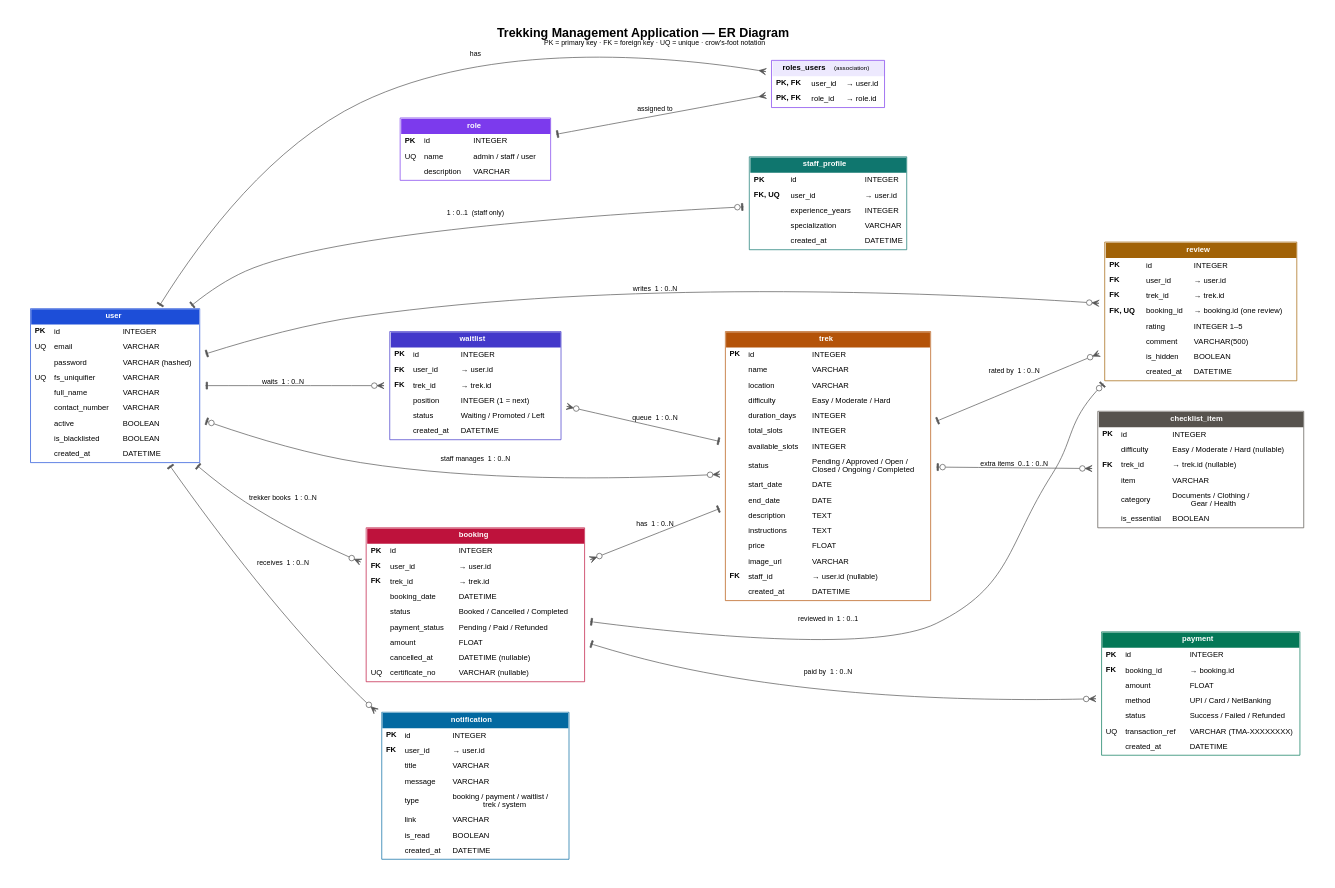
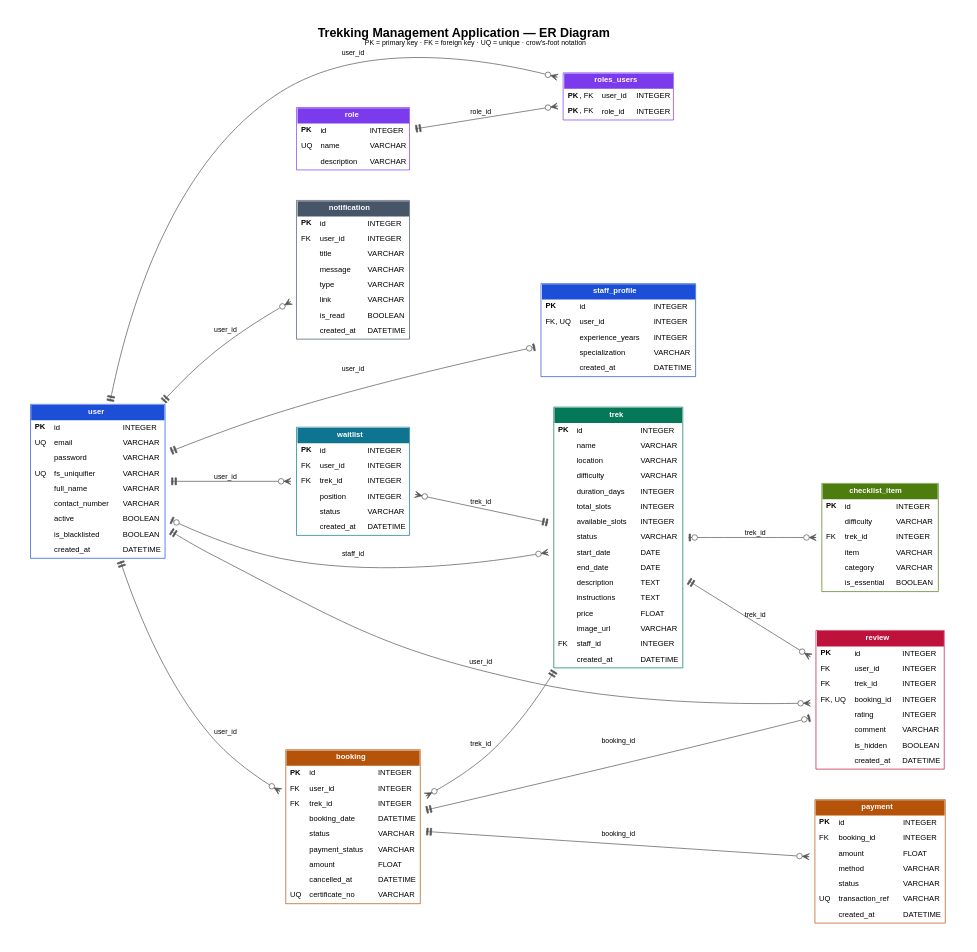
The diagram in docs/er.dot (23f2004126/BasecampX), drawn with Graphviz before and after one commit. The commit also changed 31 other files, not shown here.

```diff
--- a/docs/er.dot
+++ b/docs/er.dot
@@ -5,155 +5,154 @@
   node  [shape=plaintext, fontname="Helvetica", fontsize=11];
   edge  [fontname="Helvetica", fontsize=10, color="#555555", dir=both];
 
-  user [label=<
-  <TABLE BORDER="1" CELLBORDER="0" CELLSPACING="0" CELLPADDING="5" COLOR="#1d4ed8">
-   <TR><TD BGCOLOR="#1d4ed8" COLSPAN="3"><FONT COLOR="white"><B>user</B></FONT></TD></TR>
-   <TR><TD ALIGN="LEFT" PORT="id"><B>PK</B></TD><TD ALIGN="LEFT">id</TD><TD ALIGN="LEFT">INTEGER</TD></TR>
-   <TR><TD ALIGN="LEFT">UQ</TD><TD ALIGN="LEFT">email</TD><TD ALIGN="LEFT">VARCHAR</TD></TR>
-   <TR><TD></TD><TD ALIGN="LEFT">password</TD><TD ALIGN="LEFT">VARCHAR (hashed)</TD></TR>
-   <TR><TD ALIGN="LEFT">UQ</TD><TD ALIGN="LEFT">fs_uniquifier</TD><TD ALIGN="LEFT">VARCHAR</TD></TR>
-   <TR><TD></TD><TD ALIGN="LEFT">full_name</TD><TD ALIGN="LEFT">VARCHAR</TD></TR>
-   <TR><TD></TD><TD ALIGN="LEFT">contact_number</TD><TD ALIGN="LEFT">VARCHAR</TD></TR>
-   <TR><TD></TD><TD ALIGN="LEFT">active</TD><TD ALIGN="LEFT">BOOLEAN</TD></TR>
-   <TR><TD></TD><TD ALIGN="LEFT">is_blacklisted</TD><TD ALIGN="LEFT">BOOLEAN</TD></TR>
-   <TR><TD></TD><TD ALIGN="LEFT">created_at</TD><TD ALIGN="LEFT">DATETIME</TD></TR>
-  </TABLE>>];
-
   role [label=<
   <TABLE BORDER="1" CELLBORDER="0" CELLSPACING="0" CELLPADDING="5" COLOR="#7c3aed">
    <TR><TD BGCOLOR="#7c3aed" COLSPAN="3"><FONT COLOR="white"><B>role</B></FONT></TD></TR>
    <TR><TD ALIGN="LEFT"><B>PK</B></TD><TD ALIGN="LEFT">id</TD><TD ALIGN="LEFT">INTEGER</TD></TR>
-   <TR><TD ALIGN="LEFT">UQ</TD><TD ALIGN="LEFT">name</TD><TD ALIGN="LEFT">admin / staff / user</TD></TR>
-   <TR><TD></TD><TD ALIGN="LEFT">description</TD><TD ALIGN="LEFT">VARCHAR</TD></TR>
+   <TR><TD ALIGN="LEFT">UQ</TD><TD ALIGN="LEFT">name</TD><TD ALIGN="LEFT">VARCHAR</TD></TR>
+   <TR><TD ALIGN="LEFT"></TD><TD ALIGN="LEFT">description</TD><TD ALIGN="LEFT">VARCHAR</TD></TR>
+  </TABLE>>];
+
+  user [label=<
+  <TABLE BORDER="1" CELLBORDER="0" CELLSPACING="0" CELLPADDING="5" COLOR="#1d4ed8">
+   <TR><TD BGCOLOR="#1d4ed8" COLSPAN="3"><FONT COLOR="white"><B>user</B></FONT></TD></TR>
+   <TR><TD ALIGN="LEFT"><B>PK</B></TD><TD ALIGN="LEFT">id</TD><TD ALIGN="LEFT">INTEGER</TD></TR>
+   <TR><TD ALIGN="LEFT">UQ</TD><TD ALIGN="LEFT">email</TD><TD ALIGN="LEFT">VARCHAR</TD></TR>
+   <TR><TD ALIGN="LEFT"></TD><TD ALIGN="LEFT">password</TD><TD ALIGN="LEFT">VARCHAR</TD></TR>
+   <TR><TD ALIGN="LEFT">UQ</TD><TD ALIGN="LEFT">fs_uniquifier</TD><TD ALIGN="LEFT">VARCHAR</TD></TR>
+   <TR><TD ALIGN="LEFT"></TD><TD ALIGN="LEFT">full_name</TD><TD ALIGN="LEFT">VARCHAR</TD></TR>
+   <TR><TD ALIGN="LEFT"></TD><TD ALIGN="LEFT">contact_number</TD><TD ALIGN="LEFT">VARCHAR</TD></TR>
+   <TR><TD ALIGN="LEFT"></TD><TD ALIGN="LEFT">active</TD><TD ALIGN="LEFT">BOOLEAN</TD></TR>
+   <TR><TD ALIGN="LEFT"></TD><TD ALIGN="LEFT">is_blacklisted</TD><TD ALIGN="LEFT">BOOLEAN</TD></TR>
+   <TR><TD ALIGN="LEFT"></TD><TD ALIGN="LEFT">created_at</TD><TD ALIGN="LEFT">DATETIME</TD></TR>
+  </TABLE>>];
+
+  notification [label=<
+  <TABLE BORDER="1" CELLBORDER="0" CELLSPACING="0" CELLPADDING="5" COLOR="#475569">
+   <TR><TD BGCOLOR="#475569" COLSPAN="3"><FONT COLOR="white"><B>notification</B></FONT></TD></TR>
+   <TR><TD ALIGN="LEFT"><B>PK</B></TD><TD ALIGN="LEFT">id</TD><TD ALIGN="LEFT">INTEGER</TD></TR>
+   <TR><TD ALIGN="LEFT">FK</TD><TD ALIGN="LEFT">user_id</TD><TD ALIGN="LEFT">INTEGER</TD></TR>
+   <TR><TD ALIGN="LEFT"></TD><TD ALIGN="LEFT">title</TD><TD ALIGN="LEFT">VARCHAR</TD></TR>
+   <TR><TD ALIGN="LEFT"></TD><TD ALIGN="LEFT">message</TD><TD ALIGN="LEFT">VARCHAR</TD></TR>
+   <TR><TD ALIGN="LEFT"></TD><TD ALIGN="LEFT">type</TD><TD ALIGN="LEFT">VARCHAR</TD></TR>
+   <TR><TD ALIGN="LEFT"></TD><TD ALIGN="LEFT">link</TD><TD ALIGN="LEFT">VARCHAR</TD></TR>
+   <TR><TD ALIGN="LEFT"></TD><TD ALIGN="LEFT">is_read</TD><TD ALIGN="LEFT">BOOLEAN</TD></TR>
+   <TR><TD ALIGN="LEFT"></TD><TD ALIGN="LEFT">created_at</TD><TD ALIGN="LEFT">DATETIME</TD></TR>
   </TABLE>>];
 
   roles_users [label=<
   <TABLE BORDER="1" CELLBORDER="0" CELLSPACING="0" CELLPADDING="5" COLOR="#7c3aed">
-   <TR><TD BGCOLOR="#ede9fe" COLSPAN="3"><B>roles_users</B> <FONT POINT-SIZE="9">(association)</FONT></TD></TR>
-   <TR><TD ALIGN="LEFT"><B>PK, FK</B></TD><TD ALIGN="LEFT">user_id</TD><TD ALIGN="LEFT">→ user.id</TD></TR>
-   <TR><TD ALIGN="LEFT"><B>PK, FK</B></TD><TD ALIGN="LEFT">role_id</TD><TD ALIGN="LEFT">→ role.id</TD></TR>
+   <TR><TD BGCOLOR="#7c3aed" COLSPAN="3"><FONT COLOR="white"><B>roles_users</B></FONT></TD></TR>
+   <TR><TD ALIGN="LEFT"><B>PK</B>, FK</TD><TD ALIGN="LEFT">user_id</TD><TD ALIGN="LEFT">INTEGER</TD></TR>
+   <TR><TD ALIGN="LEFT"><B>PK</B>, FK</TD><TD ALIGN="LEFT">role_id</TD><TD ALIGN="LEFT">INTEGER</TD></TR>
   </TABLE>>];
 
   staff_profile [label=<
-  <TABLE BORDER="1" CELLBORDER="0" CELLSPACING="0" CELLPADDING="5" COLOR="#0f766e">
-   <TR><TD BGCOLOR="#0f766e" COLSPAN="3"><FONT COLOR="white"><B>staff_profile</B></FONT></TD></TR>
+  <TABLE BORDER="1" CELLBORDER="0" CELLSPACING="0" CELLPADDING="5" COLOR="#1d4ed8">
+   <TR><TD BGCOLOR="#1d4ed8" COLSPAN="3"><FONT COLOR="white"><B>staff_profile</B></FONT></TD></TR>
    <TR><TD ALIGN="LEFT"><B>PK</B></TD><TD ALIGN="LEFT">id</TD><TD ALIGN="LEFT">INTEGER</TD></TR>
-   <TR><TD ALIGN="LEFT"><B>FK, UQ</B></TD><TD ALIGN="LEFT">user_id</TD><TD ALIGN="LEFT">→ user.id</TD></TR>
-   <TR><TD></TD><TD ALIGN="LEFT">experience_years</TD><TD ALIGN="LEFT">INTEGER</TD></TR>
-   <TR><TD></TD><TD ALIGN="LEFT">specialization</TD><TD ALIGN="LEFT">VARCHAR</TD></TR>
-   <TR><TD></TD><TD ALIGN="LEFT">created_at</TD><TD ALIGN="LEFT">DATETIME</TD></TR>
+   <TR><TD ALIGN="LEFT">FK, UQ</TD><TD ALIGN="LEFT">user_id</TD><TD ALIGN="LEFT">INTEGER</TD></TR>
+   <TR><TD ALIGN="LEFT"></TD><TD ALIGN="LEFT">experience_years</TD><TD ALIGN="LEFT">INTEGER</TD></TR>
+   <TR><TD ALIGN="LEFT"></TD><TD ALIGN="LEFT">specialization</TD><TD ALIGN="LEFT">VARCHAR</TD></TR>
+   <TR><TD ALIGN="LEFT"></TD><TD ALIGN="LEFT">created_at</TD><TD ALIGN="LEFT">DATETIME</TD></TR>
   </TABLE>>];
 
   trek [label=<
-  <TABLE BORDER="1" CELLBORDER="0" CELLSPACING="0" CELLPADDING="5" COLOR="#b45309">
-   <TR><TD BGCOLOR="#b45309" COLSPAN="3"><FONT COLOR="white"><B>trek</B></FONT></TD></TR>
+  <TABLE BORDER="1" CELLBORDER="0" CELLSPACING="0" CELLPADDING="5" COLOR="#047857">
+   <TR><TD BGCOLOR="#047857" COLSPAN="3"><FONT COLOR="white"><B>trek</B></FONT></TD></TR>
    <TR><TD ALIGN="LEFT"><B>PK</B></TD><TD ALIGN="LEFT">id</TD><TD ALIGN="LEFT">INTEGER</TD></TR>
-   <TR><TD></TD><TD ALIGN="LEFT">name</TD><TD ALIGN="LEFT">VARCHAR</TD></TR>
-   <TR><TD></TD><TD ALIGN="LEFT">location</TD><TD ALIGN="LEFT">VARCHAR</TD></TR>
-   <TR><TD></TD><TD ALIGN="LEFT">difficulty</TD><TD ALIGN="LEFT">Easy / Moderate / Hard</TD></TR>
-   <TR><TD></TD><TD ALIGN="LEFT">duration_days</TD><TD ALIGN="LEFT">INTEGER</TD></TR>
-   <TR><TD></TD><TD ALIGN="LEFT">total_slots</TD><TD ALIGN="LEFT">INTEGER</TD></TR>
-   <TR><TD></TD><TD ALIGN="LEFT">available_slots</TD><TD ALIGN="LEFT">INTEGER</TD></TR>
-   <TR><TD></TD><TD ALIGN="LEFT">status</TD><TD ALIGN="LEFT">Pending / Approved / Open /<BR ALIGN="LEFT"/>Closed / Ongoing / Completed</TD></TR>
-   <TR><TD></TD><TD ALIGN="LEFT">start_date</TD><TD ALIGN="LEFT">DATE</TD></TR>
-   <TR><TD></TD><TD ALIGN="LEFT">end_date</TD><TD ALIGN="LEFT">DATE</TD></TR>
-   <TR><TD></TD><TD ALIGN="LEFT">description</TD><TD ALIGN="LEFT">TEXT</TD></TR>
-   <TR><TD></TD><TD ALIGN="LEFT">instructions</TD><TD ALIGN="LEFT">TEXT</TD></TR>
-   <TR><TD></TD><TD ALIGN="LEFT">price</TD><TD ALIGN="LEFT">FLOAT</TD></TR>
-   <TR><TD></TD><TD ALIGN="LEFT">image_url</TD><TD ALIGN="LEFT">VARCHAR</TD></TR>
-   <TR><TD ALIGN="LEFT"><B>FK</B></TD><TD ALIGN="LEFT">staff_id</TD><TD ALIGN="LEFT">→ user.id (nullable)</TD></TR>
-   <TR><TD></TD><TD ALIGN="LEFT">created_at</TD><TD ALIGN="LEFT">DATETIME</TD></TR>
+   <TR><TD ALIGN="LEFT"></TD><TD ALIGN="LEFT">name</TD><TD ALIGN="LEFT">VARCHAR</TD></TR>
+   <TR><TD ALIGN="LEFT"></TD><TD ALIGN="LEFT">location</TD><TD ALIGN="LEFT">VARCHAR</TD></TR>
+   <TR><TD ALIGN="LEFT"></TD><TD ALIGN="LEFT">difficulty</TD><TD ALIGN="LEFT">VARCHAR</TD></TR>
+   <TR><TD ALIGN="LEFT"></TD><TD ALIGN="LEFT">duration_days</TD><TD ALIGN="LEFT">INTEGER</TD></TR>
+   <TR><TD ALIGN="LEFT"></TD><TD ALIGN="LEFT">total_slots</TD><TD ALIGN="LEFT">INTEGER</TD></TR>
+   <TR><TD ALIGN="LEFT"></TD><TD ALIGN="LEFT">available_slots</TD><TD ALIGN="LEFT">INTEGER</TD></TR>
+   <TR><TD ALIGN="LEFT"></TD><TD ALIGN="LEFT">status</TD><TD ALIGN="LEFT">VARCHAR</TD></TR>
+   <TR><TD ALIGN="LEFT"></TD><TD ALIGN="LEFT">start_date</TD><TD ALIGN="LEFT">DATE</TD></TR>
+   <TR><TD ALIGN="LEFT"></TD><TD ALIGN="LEFT">end_date</TD><TD ALIGN="LEFT">DATE</TD></TR>
+   <TR><TD ALIGN="LEFT"></TD><TD ALIGN="LEFT">description</TD><TD ALIGN="LEFT">TEXT</TD></TR>
+   <TR><TD ALIGN="LEFT"></TD><TD ALIGN="LEFT">instructions</TD><TD ALIGN="LEFT">TEXT</TD></TR>
+   <TR><TD ALIGN="LEFT"></TD><TD ALIGN="LEFT">price</TD><TD ALIGN="LEFT">FLOAT</TD></TR>
+   <TR><TD ALIGN="LEFT"></TD><TD ALIGN="LEFT">image_url</TD><TD ALIGN="LEFT">VARCHAR</TD></TR>
+   <TR><TD ALIGN="LEFT">FK</TD><TD ALIGN="LEFT">staff_id</TD><TD ALIGN="LEFT">INTEGER</TD></TR>
+   <TR><TD ALIGN="LEFT"></TD><TD ALIGN="LEFT">created_at</TD><TD ALIGN="LEFT">DATETIME</TD></TR>
   </TABLE>>];
 
   booking [label=<
-  <TABLE BORDER="1" CELLBORDER="0" CELLSPACING="0" CELLPADDING="5" COLOR="#be123c">
-   <TR><TD BGCOLOR="#be123c" COLSPAN="3"><FONT COLOR="white"><B>booking</B></FONT></TD></TR>
+  <TABLE BORDER="1" CELLBORDER="0" CELLSPACING="0" CELLPADDING="5" COLOR="#b45309">
+   <TR><TD BGCOLOR="#b45309" COLSPAN="3"><FONT COLOR="white"><B>booking</B></FONT></TD></TR>
    <TR><TD ALIGN="LEFT"><B>PK</B></TD><TD ALIGN="LEFT">id</TD><TD ALIGN="LEFT">INTEGER</TD></TR>
-   <TR><TD ALIGN="LEFT"><B>FK</B></TD><TD ALIGN="LEFT">user_id</TD><TD ALIGN="LEFT">→ user.id</TD></TR>
-   <TR><TD ALIGN="LEFT"><B>FK</B></TD><TD ALIGN="LEFT">trek_id</TD><TD ALIGN="LEFT">→ trek.id</TD></TR>
-   <TR><TD></TD><TD ALIGN="LEFT">booking_date</TD><TD ALIGN="LEFT">DATETIME</TD></TR>
-   <TR><TD></TD><TD ALIGN="LEFT">status</TD><TD ALIGN="LEFT">Booked / Cancelled / Completed</TD></TR>
-   <TR><TD></TD><TD ALIGN="LEFT">payment_status</TD><TD ALIGN="LEFT">Pending / Paid / Refunded</TD></TR>
-   <TR><TD></TD><TD ALIGN="LEFT">amount</TD><TD ALIGN="LEFT">FLOAT</TD></TR>
-   <TR><TD></TD><TD ALIGN="LEFT">cancelled_at</TD><TD ALIGN="LEFT">DATETIME (nullable)</TD></TR>
-   <TR><TD ALIGN="LEFT">UQ</TD><TD ALIGN="LEFT">certificate_no</TD><TD ALIGN="LEFT">VARCHAR (nullable)</TD></TR>
+   <TR><TD ALIGN="LEFT">FK</TD><TD ALIGN="LEFT">user_id</TD><TD ALIGN="LEFT">INTEGER</TD></TR>
+   <TR><TD ALIGN="LEFT">FK</TD><TD ALIGN="LEFT">trek_id</TD><TD ALIGN="LEFT">INTEGER</TD></TR>
+   <TR><TD ALIGN="LEFT"></TD><TD ALIGN="LEFT">booking_date</TD><TD ALIGN="LEFT">DATETIME</TD></TR>
+   <TR><TD ALIGN="LEFT"></TD><TD ALIGN="LEFT">status</TD><TD ALIGN="LEFT">VARCHAR</TD></TR>
+   <TR><TD ALIGN="LEFT"></TD><TD ALIGN="LEFT">payment_status</TD><TD ALIGN="LEFT">VARCHAR</TD></TR>
+   <TR><TD ALIGN="LEFT"></TD><TD ALIGN="LEFT">amount</TD><TD ALIGN="LEFT">FLOAT</TD></TR>
+   <TR><TD ALIGN="LEFT"></TD><TD ALIGN="LEFT">cancelled_at</TD><TD ALIGN="LEFT">DATETIME</TD></TR>
+   <TR><TD ALIGN="LEFT">UQ</TD><TD ALIGN="LEFT">certificate_no</TD><TD ALIGN="LEFT">VARCHAR</TD></TR>
+  </TABLE>>];
+
+  checklist_item [label=<
+  <TABLE BORDER="1" CELLBORDER="0" CELLSPACING="0" CELLPADDING="5" COLOR="#4d7c0f">
+   <TR><TD BGCOLOR="#4d7c0f" COLSPAN="3"><FONT COLOR="white"><B>checklist_item</B></FONT></TD></TR>
+   <TR><TD ALIGN="LEFT"><B>PK</B></TD><TD ALIGN="LEFT">id</TD><TD ALIGN="LEFT">INTEGER</TD></TR>
+   <TR><TD ALIGN="LEFT"></TD><TD ALIGN="LEFT">difficulty</TD><TD ALIGN="LEFT">VARCHAR</TD></TR>
+   <TR><TD ALIGN="LEFT">FK</TD><TD ALIGN="LEFT">trek_id</TD><TD ALIGN="LEFT">INTEGER</TD></TR>
+   <TR><TD ALIGN="LEFT"></TD><TD ALIGN="LEFT">item</TD><TD ALIGN="LEFT">VARCHAR</TD></TR>
+   <TR><TD ALIGN="LEFT"></TD><TD ALIGN="LEFT">category</TD><TD ALIGN="LEFT">VARCHAR</TD></TR>
+   <TR><TD ALIGN="LEFT"></TD><TD ALIGN="LEFT">is_essential</TD><TD ALIGN="LEFT">BOOLEAN</TD></TR>
+  </TABLE>>];
+
+  waitlist [label=<
+  <TABLE BORDER="1" CELLBORDER="0" CELLSPACING="0" CELLPADDING="5" COLOR="#0e7490">
+   <TR><TD BGCOLOR="#0e7490" COLSPAN="3"><FONT COLOR="white"><B>waitlist</B></FONT></TD></TR>
+   <TR><TD ALIGN="LEFT"><B>PK</B></TD><TD ALIGN="LEFT">id</TD><TD ALIGN="LEFT">INTEGER</TD></TR>
+   <TR><TD ALIGN="LEFT">FK</TD><TD ALIGN="LEFT">user_id</TD><TD ALIGN="LEFT">INTEGER</TD></TR>
+   <TR><TD ALIGN="LEFT">FK</TD><TD ALIGN="LEFT">trek_id</TD><TD ALIGN="LEFT">INTEGER</TD></TR>
+   <TR><TD ALIGN="LEFT"></TD><TD ALIGN="LEFT">position</TD><TD ALIGN="LEFT">INTEGER</TD></TR>
+   <TR><TD ALIGN="LEFT"></TD><TD ALIGN="LEFT">status</TD><TD ALIGN="LEFT">VARCHAR</TD></TR>
+   <TR><TD ALIGN="LEFT"></TD><TD ALIGN="LEFT">created_at</TD><TD ALIGN="LEFT">DATETIME</TD></TR>
   </TABLE>>];
 
   payment [label=<
-  <TABLE BORDER="1" CELLBORDER="0" CELLSPACING="0" CELLPADDING="5" COLOR="#047857">
-   <TR><TD BGCOLOR="#047857" COLSPAN="3"><FONT COLOR="white"><B>payment</B></FONT></TD></TR>
+  <TABLE BORDER="1" CELLBORDER="0" CELLSPACING="0" CELLPADDING="5" COLOR="#b45309">
+   <TR><TD BGCOLOR="#b45309" COLSPAN="3"><FONT COLOR="white"><B>payment</B></FONT></TD></TR>
    <TR><TD ALIGN="LEFT"><B>PK</B></TD><TD ALIGN="LEFT">id</TD><TD ALIGN="LEFT">INTEGER</TD></TR>
-   <TR><TD ALIGN="LEFT"><B>FK</B></TD><TD ALIGN="LEFT">booking_id</TD><TD ALIGN="LEFT">→ booking.id</TD></TR>
-   <TR><TD></TD><TD ALIGN="LEFT">amount</TD><TD ALIGN="LEFT">FLOAT</TD></TR>
-   <TR><TD></TD><TD ALIGN="LEFT">method</TD><TD ALIGN="LEFT">UPI / Card / NetBanking</TD></TR>
-   <TR><TD></TD><TD ALIGN="LEFT">status</TD><TD ALIGN="LEFT">Success / Failed / Refunded</TD></TR>
-   <TR><TD ALIGN="LEFT">UQ</TD><TD ALIGN="LEFT">transaction_ref</TD><TD ALIGN="LEFT">VARCHAR (TMA-XXXXXXXX)</TD></TR>
-   <TR><TD></TD><TD ALIGN="LEFT">created_at</TD><TD ALIGN="LEFT">DATETIME</TD></TR>
+   <TR><TD ALIGN="LEFT">FK</TD><TD ALIGN="LEFT">booking_id</TD><TD ALIGN="LEFT">INTEGER</TD></TR>
+   <TR><TD ALIGN="LEFT"></TD><TD ALIGN="LEFT">amount</TD><TD ALIGN="LEFT">FLOAT</TD></TR>
+   <TR><TD ALIGN="LEFT"></TD><TD ALIGN="LEFT">method</TD><TD ALIGN="LEFT">VARCHAR</TD></TR>
+   <TR><TD ALIGN="LEFT"></TD><TD ALIGN="LEFT">status</TD><TD ALIGN="LEFT">VARCHAR</TD></TR>
+   <TR><TD ALIGN="LEFT">UQ</TD><TD ALIGN="LEFT">transaction_ref</TD><TD ALIGN="LEFT">VARCHAR</TD></TR>
+   <TR><TD ALIGN="LEFT"></TD><TD ALIGN="LEFT">created_at</TD><TD ALIGN="LEFT">DATETIME</TD></TR>
   </TABLE>>];
 
   review [label=<
-  <TABLE BORDER="1" CELLBORDER="0" CELLSPACING="0" CELLPADDING="5" COLOR="#a16207">
-   <TR><TD BGCOLOR="#a16207" COLSPAN="3"><FONT COLOR="white"><B>review</B></FONT></TD></TR>
+  <TABLE BORDER="1" CELLBORDER="0" CELLSPACING="0" CELLPADDING="5" COLOR="#be123c">
+   <TR><TD BGCOLOR="#be123c" COLSPAN="3"><FONT COLOR="white"><B>review</B></FONT></TD></TR>
    <TR><TD ALIGN="LEFT"><B>PK</B></TD><TD ALIGN="LEFT">id</TD><TD ALIGN="LEFT">INTEGER</TD></TR>
-   <TR><TD ALIGN="LEFT"><B>FK</B></TD><TD ALIGN="LEFT">user_id</TD><TD ALIGN="LEFT">→ user.id</TD></TR>
-   <TR><TD ALIGN="LEFT"><B>FK</B></TD><TD ALIGN="LEFT">trek_id</TD><TD ALIGN="LEFT">→ trek.id</TD></TR>
-   <TR><TD ALIGN="LEFT"><B>FK, UQ</B></TD><TD ALIGN="LEFT">booking_id</TD><TD ALIGN="LEFT">→ booking.id (one review)</TD></TR>
-   <TR><TD></TD><TD ALIGN="LEFT">rating</TD><TD ALIGN="LEFT">INTEGER 1–5</TD></TR>
-   <TR><TD></TD><TD ALIGN="LEFT">comment</TD><TD ALIGN="LEFT">VARCHAR(500)</TD></TR>
-   <TR><TD></TD><TD ALIGN="LEFT">is_hidden</TD><TD ALIGN="LEFT">BOOLEAN</TD></TR>
-   <TR><TD></TD><TD ALIGN="LEFT">created_at</TD><TD ALIGN="LEFT">DATETIME</TD></TR>
+   <TR><TD ALIGN="LEFT">FK</TD><TD ALIGN="LEFT">user_id</TD><TD ALIGN="LEFT">INTEGER</TD></TR>
+   <TR><TD ALIGN="LEFT">FK</TD><TD ALIGN="LEFT">trek_id</TD><TD ALIGN="LEFT">INTEGER</TD></TR>
+   <TR><TD ALIGN="LEFT">FK, UQ</TD><TD ALIGN="LEFT">booking_id</TD><TD ALIGN="LEFT">INTEGER</TD></TR>
+   <TR><TD ALIGN="LEFT"></TD><TD ALIGN="LEFT">rating</TD><TD ALIGN="LEFT">INTEGER</TD></TR>
+   <TR><TD ALIGN="LEFT"></TD><TD ALIGN="LEFT">comment</TD><TD ALIGN="LEFT">VARCHAR</TD></TR>
+   <TR><TD ALIGN="LEFT"></TD><TD ALIGN="LEFT">is_hidden</TD><TD ALIGN="LEFT">BOOLEAN</TD></TR>
+   <TR><TD ALIGN="LEFT"></TD><TD ALIGN="LEFT">created_at</TD><TD ALIGN="LEFT">DATETIME</TD></TR>
   </TABLE>>];
 
-  waitlist [label=<
-  <TABLE BORDER="1" CELLBORDER="0" CELLSPACING="0" CELLPADDING="5" COLOR="#4338ca">
-   <TR><TD BGCOLOR="#4338ca" COLSPAN="3"><FONT COLOR="white"><B>waitlist</B></FONT></TD></TR>
-   <TR><TD ALIGN="LEFT"><B>PK</B></TD><TD ALIGN="LEFT">id</TD><TD ALIGN="LEFT">INTEGER</TD></TR>
-   <TR><TD ALIGN="LEFT"><B>FK</B></TD><TD ALIGN="LEFT">user_id</TD><TD ALIGN="LEFT">→ user.id</TD></TR>
-   <TR><TD ALIGN="LEFT"><B>FK</B></TD><TD ALIGN="LEFT">trek_id</TD><TD ALIGN="LEFT">→ trek.id</TD></TR>
-   <TR><TD></TD><TD ALIGN="LEFT">position</TD><TD ALIGN="LEFT">INTEGER (1 = next)</TD></TR>
-   <TR><TD></TD><TD ALIGN="LEFT">status</TD><TD ALIGN="LEFT">Waiting / Promoted / Left</TD></TR>
-   <TR><TD></TD><TD ALIGN="LEFT">created_at</TD><TD ALIGN="LEFT">DATETIME</TD></TR>
-  </TABLE>>];
-
-  notification [label=<
-  <TABLE BORDER="1" CELLBORDER="0" CELLSPACING="0" CELLPADDING="5" COLOR="#0369a1">
-   <TR><TD BGCOLOR="#0369a1" COLSPAN="3"><FONT COLOR="white"><B>notification</B></FONT></TD></TR>
-   <TR><TD ALIGN="LEFT"><B>PK</B></TD><TD ALIGN="LEFT">id</TD><TD ALIGN="LEFT">INTEGER</TD></TR>
-   <TR><TD ALIGN="LEFT"><B>FK</B></TD><TD ALIGN="LEFT">user_id</TD><TD ALIGN="LEFT">→ user.id</TD></TR>
-   <TR><TD></TD><TD ALIGN="LEFT">title</TD><TD ALIGN="LEFT">VARCHAR</TD></TR>
-   <TR><TD></TD><TD ALIGN="LEFT">message</TD><TD ALIGN="LEFT">VARCHAR</TD></TR>
-   <TR><TD></TD><TD ALIGN="LEFT">type</TD><TD ALIGN="LEFT">booking / payment / waitlist /<BR ALIGN="LEFT"/>trek / system</TD></TR>
-   <TR><TD></TD><TD ALIGN="LEFT">link</TD><TD ALIGN="LEFT">VARCHAR</TD></TR>
-   <TR><TD></TD><TD ALIGN="LEFT">is_read</TD><TD ALIGN="LEFT">BOOLEAN</TD></TR>
-   <TR><TD></TD><TD ALIGN="LEFT">created_at</TD><TD ALIGN="LEFT">DATETIME</TD></TR>
-  </TABLE>>];
-
-  checklist_item [label=<
-  <TABLE BORDER="1" CELLBORDER="0" CELLSPACING="0" CELLPADDING="5" COLOR="#57534e">
-   <TR><TD BGCOLOR="#57534e" COLSPAN="3"><FONT COLOR="white"><B>checklist_item</B></FONT></TD></TR>
-   <TR><TD ALIGN="LEFT"><B>PK</B></TD><TD ALIGN="LEFT">id</TD><TD ALIGN="LEFT">INTEGER</TD></TR>
-   <TR><TD></TD><TD ALIGN="LEFT">difficulty</TD><TD ALIGN="LEFT">Easy / Moderate / Hard (nullable)</TD></TR>
-   <TR><TD ALIGN="LEFT"><B>FK</B></TD><TD ALIGN="LEFT">trek_id</TD><TD ALIGN="LEFT">→ trek.id (nullable)</TD></TR>
-   <TR><TD></TD><TD ALIGN="LEFT">item</TD><TD ALIGN="LEFT">VARCHAR</TD></TR>
-   <TR><TD></TD><TD ALIGN="LEFT">category</TD><TD ALIGN="LEFT">Documents / Clothing /<BR ALIGN="LEFT"/>Gear / Health</TD></TR>
-   <TR><TD></TD><TD ALIGN="LEFT">is_essential</TD><TD ALIGN="LEFT">BOOLEAN</TD></TR>
-  </TABLE>>];
-
-  // relationships (crow's foot): tail = parent side, head = child side
-  user -> roles_users [arrowtail=tee, arrowhead=crow, label="has"];
-  role -> roles_users [arrowtail=tee, arrowhead=crow, label="assigned to"];
-  user -> staff_profile [arrowtail=tee, arrowhead=teeodot, label="1 : 0..1  (staff only)"];
-  user -> trek [arrowtail=teeodot, arrowhead=crowodot, label="staff manages  1 : 0..N"];
-  user -> booking [arrowtail=tee, arrowhead=crowodot, label="trekker books  1 : 0..N"];
-  trek -> booking [arrowtail=tee, arrowhead=crowodot, label="has  1 : 0..N"];
-  booking -> payment [arrowtail=tee, arrowhead=crowodot, label="paid by  1 : 0..N"];
-  booking -> review [arrowtail=tee, arrowhead=teeodot, label="reviewed in  1 : 0..1"];
-  user -> review [arrowtail=tee, arrowhead=crowodot, label="writes  1 : 0..N"];
-  trek -> review [arrowtail=tee, arrowhead=crowodot, label="rated by  1 : 0..N"];
-  user -> waitlist [arrowtail=tee, arrowhead=crowodot, label="waits  1 : 0..N"];
-  trek -> waitlist [arrowtail=tee, arrowhead=crowodot, label="queue  1 : 0..N"];
-  user -> notification [arrowtail=tee, arrowhead=crowodot, label="receives  1 : 0..N"];
-  trek -> checklist_item [arrowtail=teeodot, arrowhead=crowodot, label="extra items  0..1 : 0..N"];
+  user -> notification [arrowhead=crowodot, arrowtail=teetee, label=" user_id "];
+  user -> roles_users [arrowhead=crowodot, arrowtail=teetee, label=" user_id "];
+  role -> roles_users [arrowhead=crowodot, arrowtail=teetee, label=" role_id "];
+  user -> staff_profile [arrowhead=teeodot, arrowtail=teetee, label=" user_id "];
+  user -> trek [arrowhead=crowodot, arrowtail=teeodot, label=" staff_id "];
+  user -> booking [arrowhead=crowodot, arrowtail=teetee, label=" user_id "];
+  trek -> booking [arrowhead=crowodot, arrowtail=teetee, label=" trek_id "];
+  trek -> checklist_item [arrowhead=crowodot, arrowtail=teeodot, label=" trek_id "];
+  user -> waitlist [arrowhead=crowodot, arrowtail=teetee, label=" user_id "];
+  trek -> waitlist [arrowhead=crowodot, arrowtail=teetee, label=" trek_id "];
+  booking -> payment [arrowhead=crowodot, arrowtail=teetee, label=" booking_id "];
+  user -> review [arrowhead=crowodot, arrowtail=teetee, label=" user_id "];
+  trek -> review [arrowhead=crowodot, arrowtail=teetee, label=" trek_id "];
+  booking -> review [arrowhead=teeodot, arrowtail=teetee, label=" booking_id "];
 
   {rank=same; staff_profile; trek; roles_users;}
   {rank=same; booking; role; waitlist; notification;}
```
